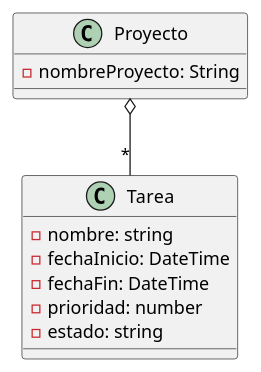
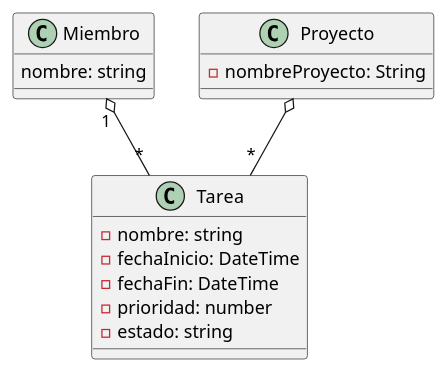
Before and after one commit to CILC98/ProyectoVV: the diagram in Gantt/gantt.puml, drawn with PlantUML. The commit also changed 6 other files, not shown here.

```diff
--- a/Gantt/gantt.puml
+++ b/Gantt/gantt.puml
@@ -1,39 +1,44 @@
 @startuml
 'https://plantuml.com/class-diagram
 
 'abstract class AbstractList
 'abstract AbstractCollection
 'interface List
 'interface Collection
 '
 'List <|-- AbstractList
 'Collection <|-- AbstractCollection
 '
 'Collection <|- List
 'AbstractCollection <|- AbstractList
 'AbstractList <|-- ArrayList
 '
 'class ArrayList {
 'Object[] elementData
 'size()
 '}
 '
 'enum TimeUnit {
 'DAYS
 'HOURS
 'MINUTES
 '}
+class Miembro {
+    nombre: string
+}
+
 class Tarea{
     -nombre: string
     -fechaInicio: DateTime
     -fechaFin: DateTime
     -prioridad: number
     -estado: string
 }
 class Proyecto{
     -nombreProyecto: String
 }
 
 Proyecto o-- "*" Tarea
+Miembro "1" o-- "*" Tarea
 
 @enduml
```
